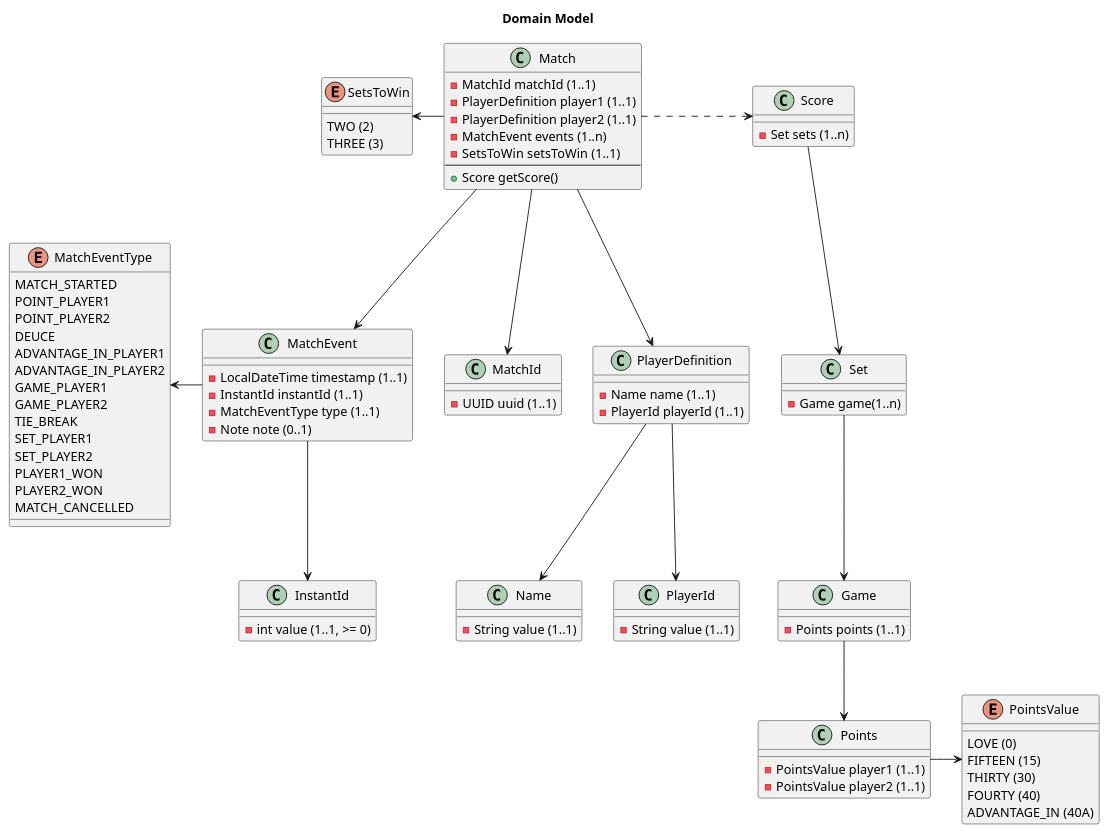
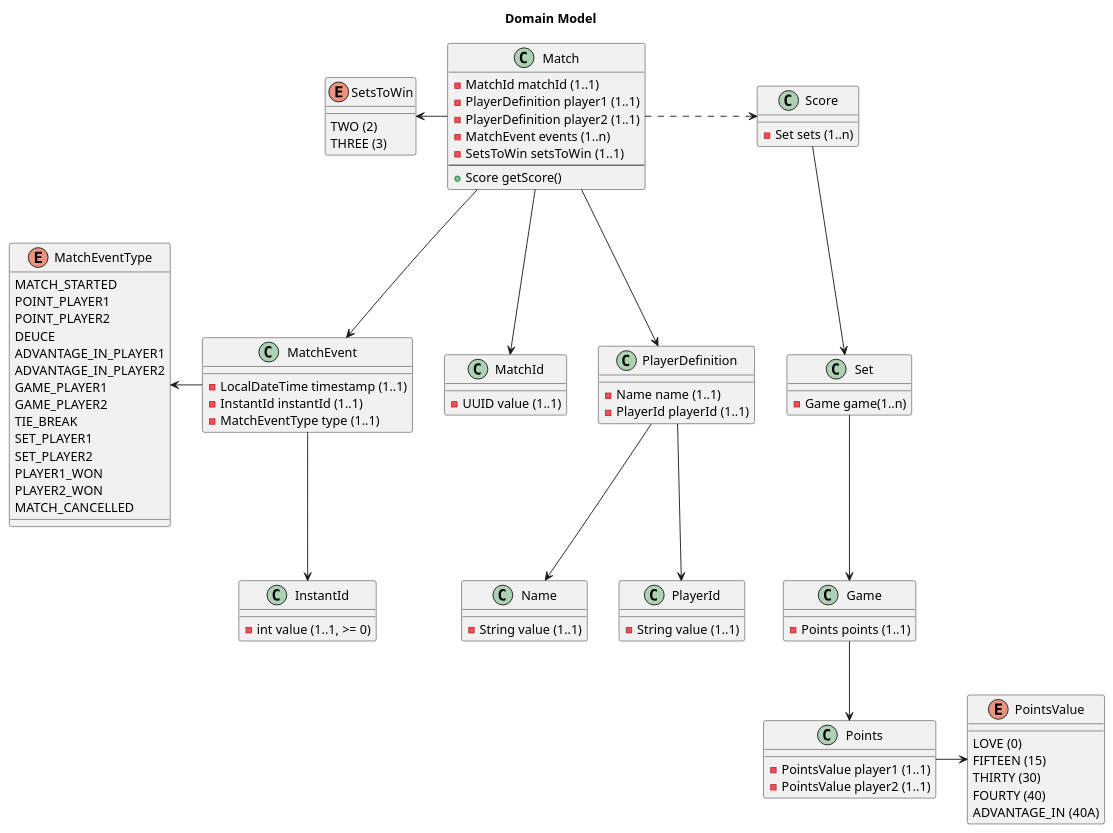
The diagram in docs/model.puml (TristanoSuriani/Tennis-Kata), drawn with PlantUML before and after one commit. The commit also changed 20 other files, not shown here.

```diff
--- a/docs/model.puml
+++ b/docs/model.puml
@@ -1,105 +1,104 @@
 @startuml
 
 title Domain Model
 
 class Match {
   -MatchId matchId (1..1)
   -PlayerDefinition player1 (1..1)
   -PlayerDefinition player2 (1..1)
   -MatchEvent events (1..n)
   -SetsToWin setsToWin (1..1)
   --
   +Score getScore()
 }
 
 class MatchId {
-    -UUID uuid (1..1)
+    -UUID value (1..1)
 }
 
 enum SetsToWin {
     TWO (2)
     THREE (3)
 }
 
 class MatchEvent {
     -LocalDateTime timestamp (1..1)
     -InstantId instantId (1..1)
     -MatchEventType type (1..1)
-    -Note note (0..1)
 }
 
 enum MatchEventType {
     MATCH_STARTED
     POINT_PLAYER1
     POINT_PLAYER2
     DEUCE
     ADVANTAGE_IN_PLAYER1
     ADVANTAGE_IN_PLAYER2
     GAME_PLAYER1
     GAME_PLAYER2
     TIE_BREAK
     SET_PLAYER1
     SET_PLAYER2
     PLAYER1_WON
     PLAYER2_WON
     MATCH_CANCELLED
 }
 
 class Score {
     -Set sets (1..n)
 }
 
 class Game {
     -Points points (1..1)
 }
 
 class Points {
     -PointsValue player1 (1..1)
     -PointsValue player2 (1..1)
 }
 
 enum PointsValue {
     LOVE (0)
     FIFTEEN (15)
     THIRTY (30)
     FOURTY (40)
     ADVANTAGE_IN (40A)
 }
 
 class Set {
     -Game game(1..n)
 }
 
 class PlayerDefinition {
     -Name name (1..1)
     -PlayerId playerId (1..1)
 }
 
 class Name {
     -String value (1..1)
 }
 
 class PlayerId {
     -String value (1..1)
 }
 
 class InstantId {
     -int value (1..1, >= 0)
 }
 
 Match -down-> MatchId
 Match -down-> MatchEvent
 Match -left-> SetsToWin
 MatchEvent -left-> MatchEventType
 MatchEvent -down-> InstantId
 
 Match .right-> Score
 Score -down-> Set
 Set -down-> Game
 Game -down-> Points
 Points -right-> PointsValue
 
 Match -down-> PlayerDefinition
 PlayerDefinition -down-> Name
 PlayerDefinition -down-> PlayerId
 @enduml
```
